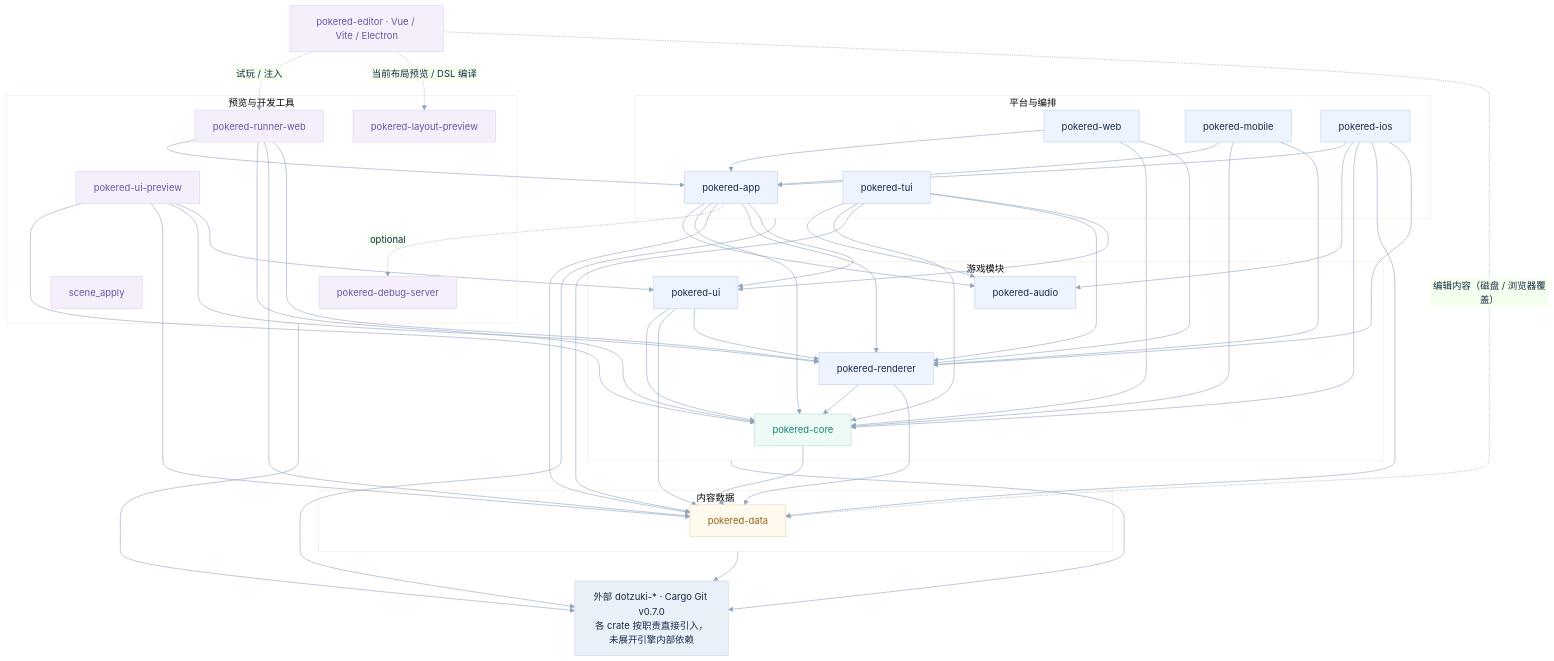
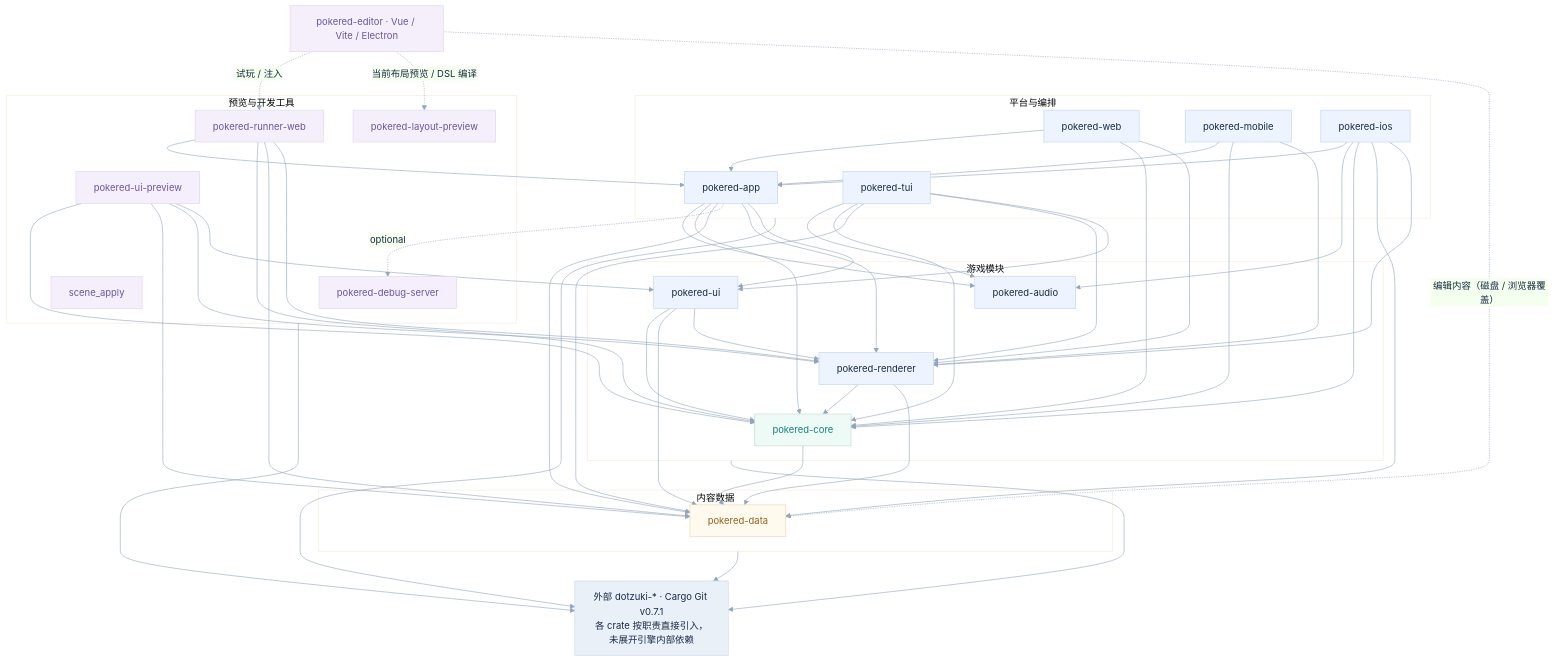
The diagram in docs/diagrams/open-pokered-dependencies.mmd (liuyanghejerry/open-pokered), drawn with Mermaid before and after one commit. The commit also changed 21 other files, not shown here.

```diff
--- a/docs/diagrams/open-pokered-dependencies.mmd
+++ b/docs/diagrams/open-pokered-dependencies.mmd
@@ -1,93 +1,93 @@
 ---
 config:
   theme: base
   themeVariables:
     primaryColor: "#EDF4FF"
     primaryBorderColor: "#BDD1ED"
     primaryTextColor: "#172B45"
     lineColor: "#91A5BE"
     fontFamily: "PingFang SC, Microsoft YaHei, sans-serif"
   flowchart:
     curve: basis
 ---
 flowchart TB
-%% Direct in-workspace normal Cargo dependencies for the v0.7.0 engine migration.
+%% Direct in-workspace normal Cargo dependencies for the v0.7.1 engine migration.
 %% Optional edges are dashed. No transitive/dev dependencies; external engine summarized.
   subgraph platform["平台与编排"]
     pokered_app["pokered-app"]
     pokered_web["pokered-web"]
     pokered_mobile["pokered-mobile"]
     pokered_ios["pokered-ios"]
     pokered_tui["pokered-tui"]
   end
   subgraph preview["预览与开发工具"]
     pokered_runner_web["pokered-runner-web"]
     pokered_layout_preview["pokered-layout-preview"]
     pokered_ui_preview["pokered-ui-preview"]
     pokered_debug_server["pokered-debug-server"]
     scene_apply["scene_apply"]
   end
   subgraph services["游戏模块"]
     pokered_ui["pokered-ui"]
     pokered_renderer["pokered-renderer"]
     pokered_audio["pokered-audio"]
     pokered_core["pokered-core"]
   end
   subgraph content["内容数据"]
     pokered_data["pokered-data"]
   end
   pokered_mobile --> pokered_app
   pokered_mobile --> pokered_core
   pokered_mobile --> pokered_renderer
   pokered_app --> pokered_audio
   pokered_app --> pokered_core
   pokered_app --> pokered_data
   pokered_app -. "optional" .-> pokered_debug_server
   pokered_app --> pokered_renderer
   pokered_app --> pokered_ui
   pokered_core --> pokered_data
   pokered_ios --> pokered_app
   pokered_ios --> pokered_audio
   pokered_ios --> pokered_core
   pokered_ios --> pokered_data
   pokered_ios --> pokered_renderer
   pokered_renderer --> pokered_core
   pokered_renderer --> pokered_data
   pokered_runner_web --> pokered_app
   pokered_runner_web --> pokered_core
   pokered_runner_web --> pokered_data
   pokered_runner_web --> pokered_renderer
   pokered_tui --> pokered_audio
   pokered_tui --> pokered_core
   pokered_tui --> pokered_data
   pokered_tui --> pokered_renderer
   pokered_tui --> pokered_ui
   pokered_ui --> pokered_core
   pokered_ui --> pokered_data
   pokered_ui --> pokered_renderer
   pokered_ui_preview --> pokered_core
   pokered_ui_preview --> pokered_data
   pokered_ui_preview --> pokered_renderer
   pokered_ui_preview --> pokered_ui
   pokered_web --> pokered_app
   pokered_web --> pokered_core
   pokered_web --> pokered_renderer
 
   editor["pokered-editor · Vue / Vite / Electron"]
-  dotzuki["外部 dotzuki-* · Cargo Git v0.7.0<br/>各 crate 按职责直接引入，未展开引擎内部依赖"]
+  dotzuki["外部 dotzuki-* · Cargo Git v0.7.1<br/>各 crate 按职责直接引入，未展开引擎内部依赖"]
   editor -. "试玩 / 注入" .-> pokered_runner_web
   editor -. "当前布局预览 / DSL 编译" .-> pokered_layout_preview
   editor -. "编辑内容（磁盘 / 浏览器覆盖）" .-> pokered_data
   platform --> dotzuki
   preview --> dotzuki
   services --> dotzuki
   content --> dotzuki
 
   classDef game fill:#EDFAF5,stroke:#B9DCCD,color:#148276
   classDef tooling fill:#F4EFFB,stroke:#DDD4EF,color:#6D559F
   classDef data fill:#FFF9EE,stroke:#E9D7B6,color:#95631D
   classDef external fill:#EAF0F8,stroke:#CAD6E6,color:#172B45
   class pokered_core game
   class pokered_runner_web,pokered_layout_preview,pokered_ui_preview,pokered_debug_server,scene_apply,editor tooling
   class pokered_data data
   class dotzuki external
```
